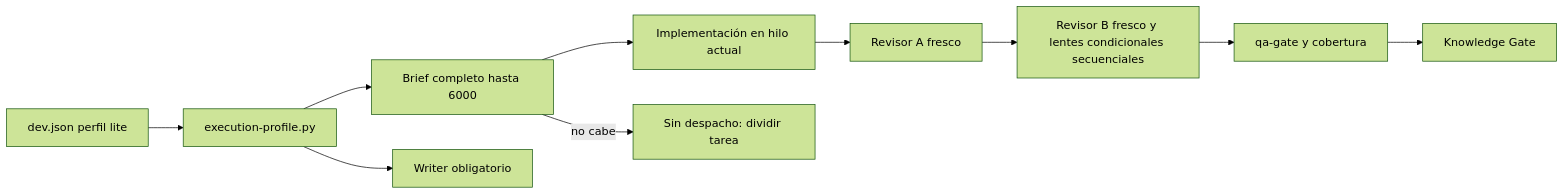
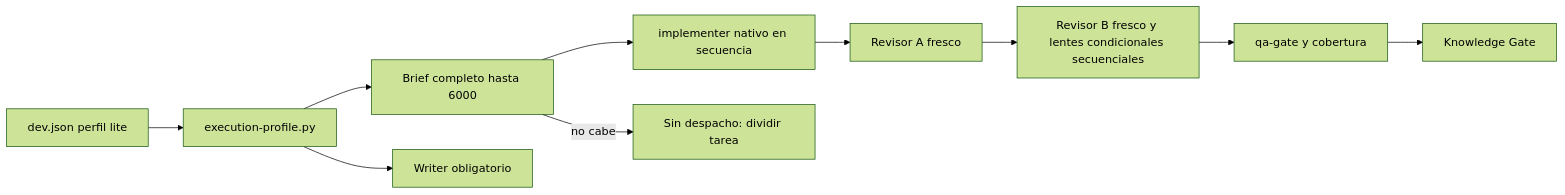
Diagram 28 of 28 in docs/FLOWS.md (daycry/custom-agents), drawn with Mermaid (forest theme) before and after one commit. The commit also changed other lines of this file and 14 other files, not shown here.

````diff
--- a/docs/FLOWS.md
+++ b/docs/FLOWS.md
@@ -849,12 +850,12 @@
 ```mermaid
 flowchart LR
   Config[dev.json perfil lite] --> Resolver[execution-profile.py]
   Resolver --> Brief[Brief completo hasta 6000]
   Resolver --> Writer[Writer obligatorio]
-  Brief --> Implementar[Implementación en hilo actual]
+  Brief --> Implementar[implementer nativo en secuencia]
   Implementar --> A[Revisor A fresco]
   A --> B[Revisor B fresco y lentes condicionales secuenciales]
   B --> QA[qa-gate y cobertura]
   QA --> KG[Knowledge Gate]
   Brief -->|no cabe| Ajustar[Sin despacho: dividir tarea]
 ```
````
